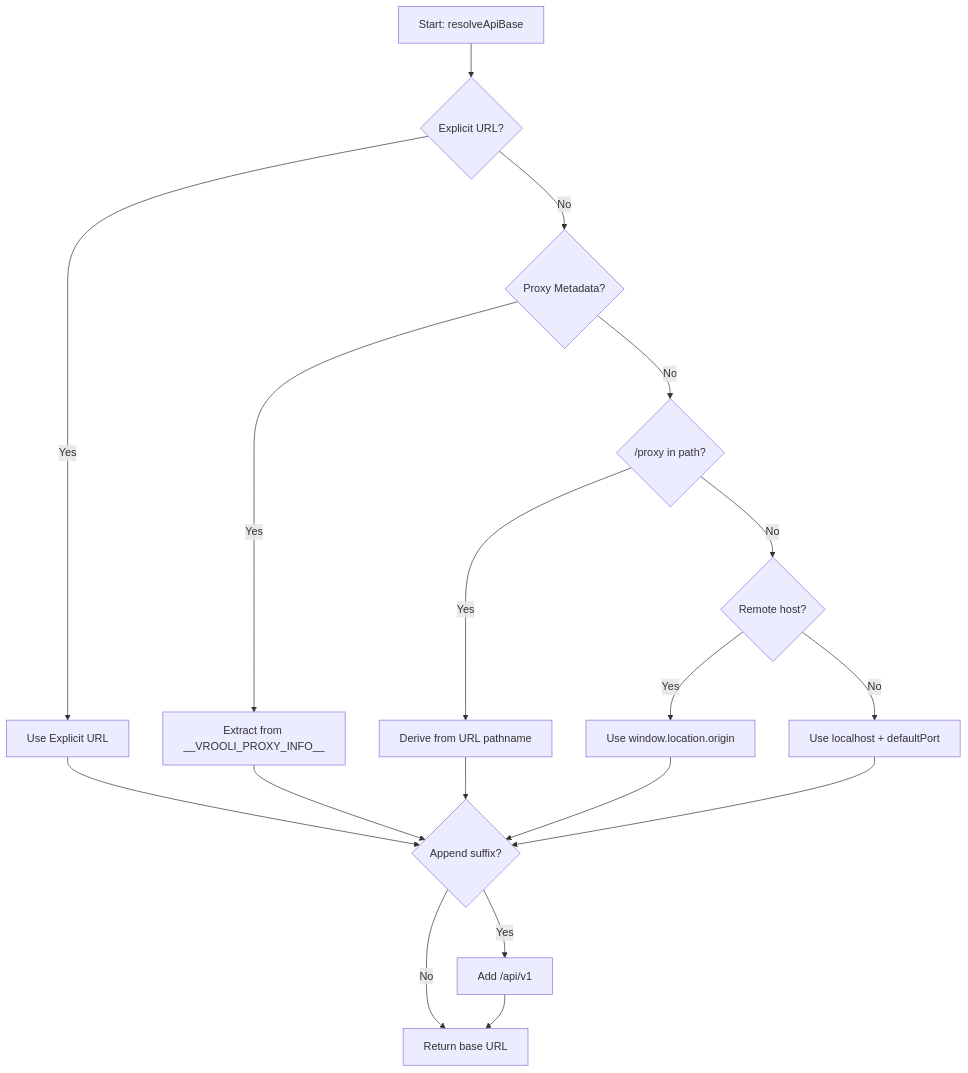
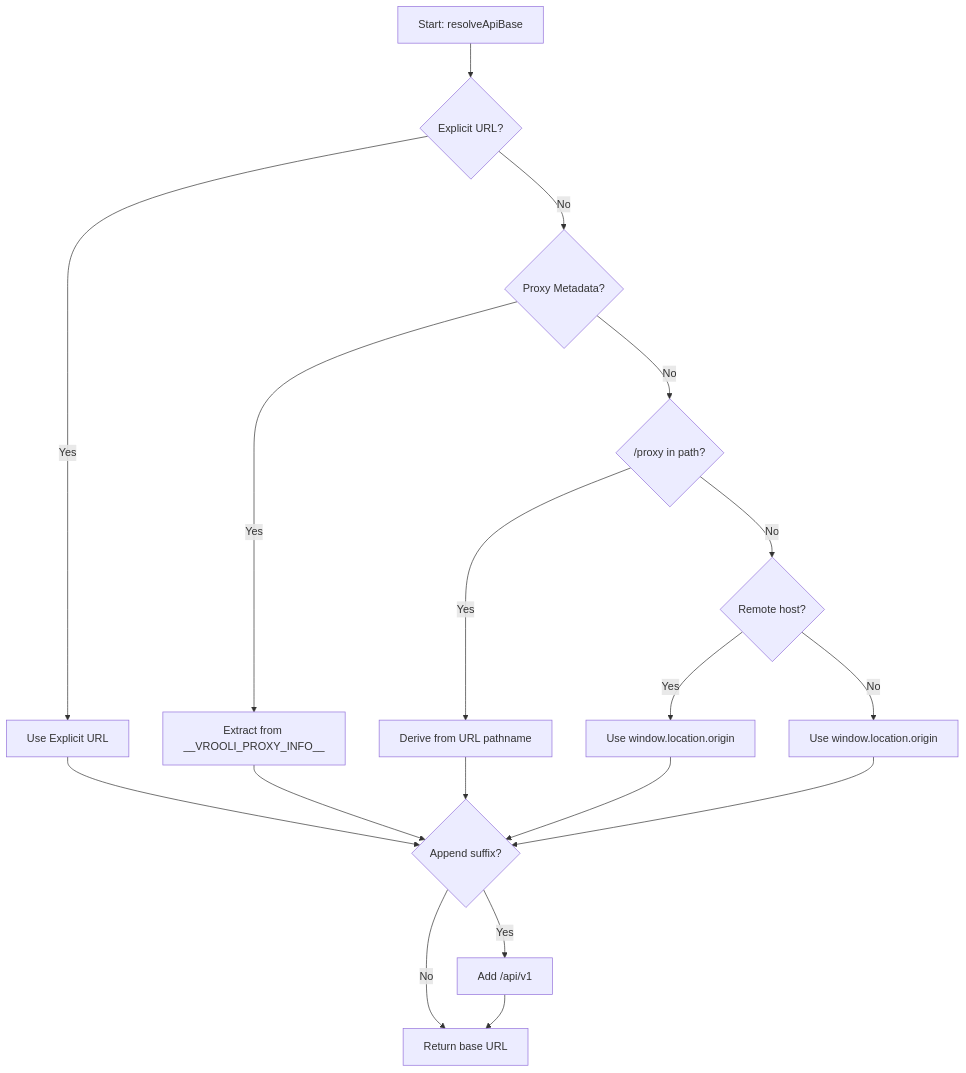
Before and after one commit to Vrooli/Vrooli: the diagram in packages/api-base/docs/concepts/proxy-resolution.md, drawn with Mermaid. The commit also changed other lines of this file and 42 other files, not shown here.

````diff
--- a/packages/api-base/docs/concepts/proxy-resolution.md
+++ b/packages/api-base/docs/concepts/proxy-resolution.md
@@ -23,22 +23,22 @@
 ```mermaid
 graph TD
     A[Start: resolveApiBase] --> B{Explicit URL?}
     B -->|Yes| C[Use Explicit URL]
     B -->|No| D{Proxy Metadata?}
     D -->|Yes| E[Extract from __VROOLI_PROXY_INFO__]
     D -->|No| F{/proxy in path?}
     F -->|Yes| G[Derive from URL pathname]
     F -->|No| H{Remote host?}
     H -->|Yes| I[Use window.location.origin]
-    H -->|No| J[Use localhost + defaultPort]
+    H -->|No| J[Use window.location.origin]
 
     C --> K{Append suffix?}
     E --> K
     G --> K
     I --> K
     J --> K
 
     K -->|Yes| L[Add /api/v1]
     K -->|No| M[Return base URL]
     L --> M
 ```
````
